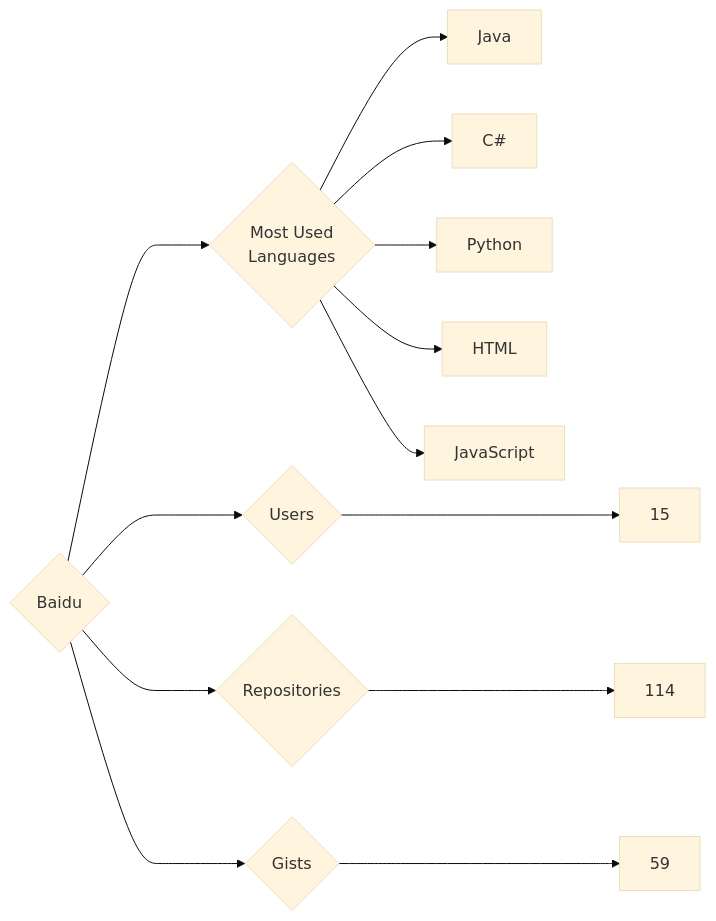
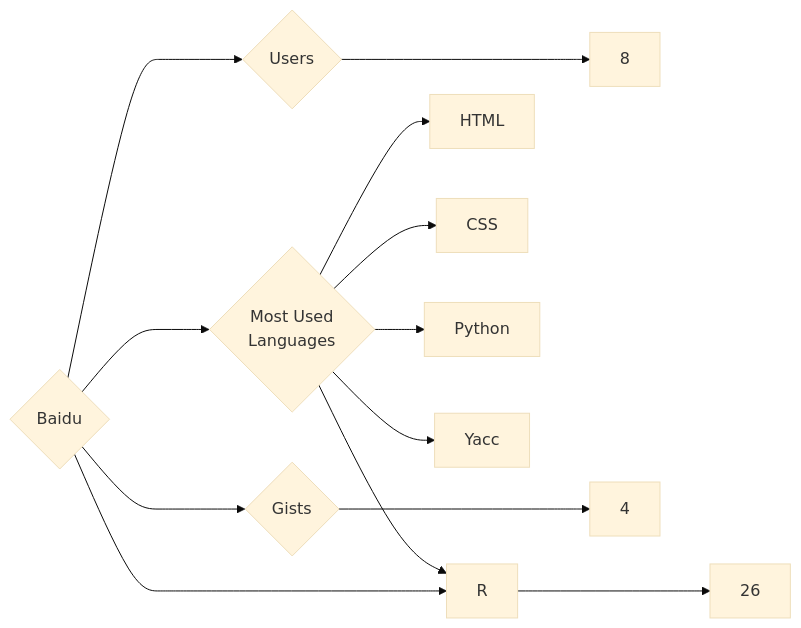
One commit to trickest/insiders changed the diagram in targets/Baidu/README.md. Above: the diagram before and after it, drawn with Mermaid (base theme). The commit also changed 1123 other files, not shown here.

````diff
--- a/targets/Baidu/README.md
+++ b/targets/Baidu/README.md
@@ -3,13 +3,13 @@
 ```mermaid
 graph LR
 COMPANY_NAME{Baidu}
-COMPANY_NAME ---> U{Users} ---> UN[15]
-COMPANY_NAME ---> R{Repositories} ---> RN[114]
-COMPANY_NAME ---> G{Gists} ---> GN[59]
+COMPANY_NAME ---> U{Users} ---> UN[8]
+COMPANY_NAME ---> R{Repositories} ---> RN[26]
+COMPANY_NAME ---> G{Gists} ---> GN[4]
 COMPANY_NAME ---> ML{Most Used<br>Languages}
-ML --> Java[Java]
-ML --> C#[C#]
+ML --> HTML[HTML]
+ML --> CSS[CSS]
 ML --> Python[Python]
-ML --> HTML[HTML]
-ML --> JavaScript[JavaScript]
+ML --> Yacc[Yacc]
+ML --> R[R]
 ```
````
